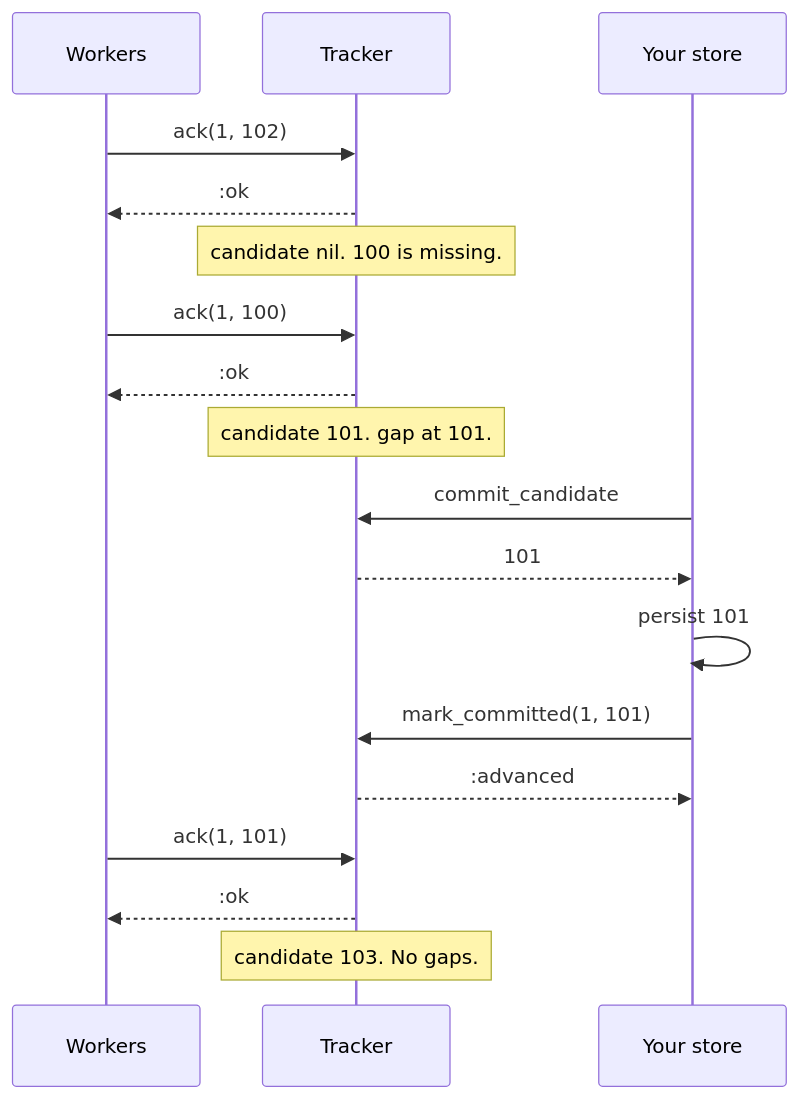
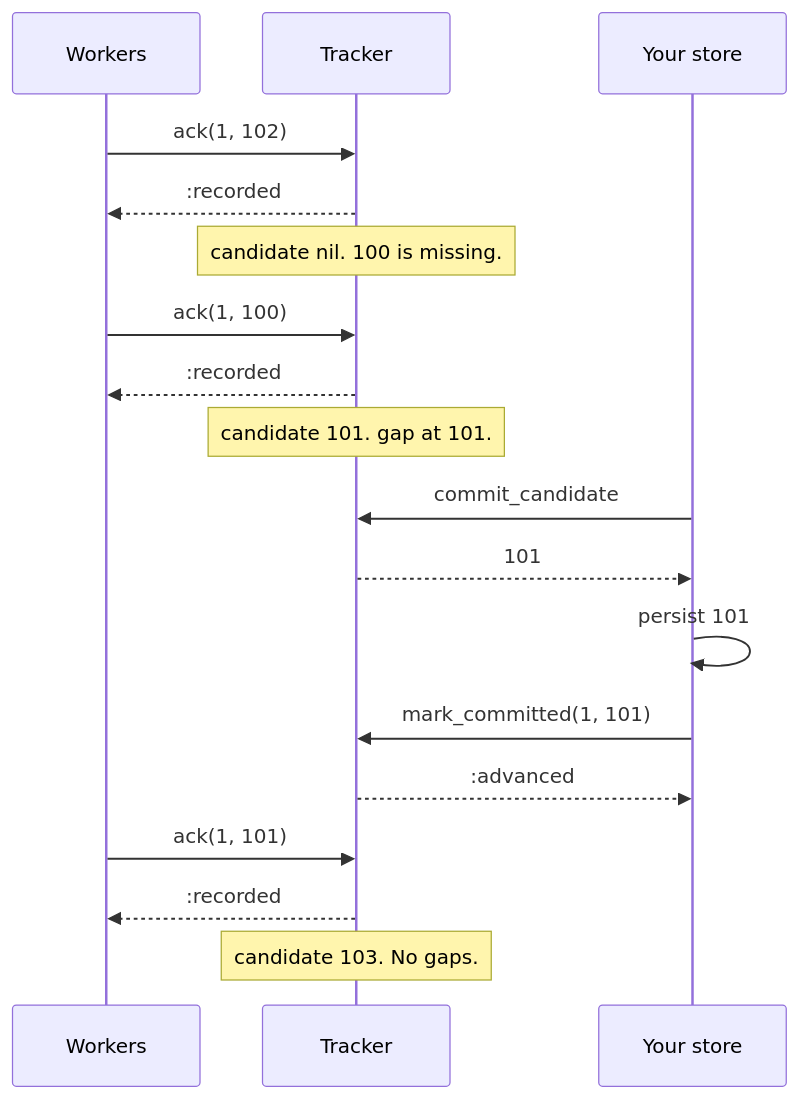
One commit to seuros/offset_machines changed the second of 2 diagrams in README.md. Above: the diagram before and after it, drawn with Mermaid. The commit also changed other lines of this file and 8 other files, not shown here.

````diff
--- a/README.md
+++ b/README.md
@@ -78,24 +78,24 @@
 ```mermaid
 sequenceDiagram
     participant W as Workers
     participant T as Tracker
     participant S as Your store
 
     W->>T: ack(1, 102)
-    T-->>W: :ok
+    T-->>W: :recorded
     Note over T: candidate nil. 100 is missing.
 
     W->>T: ack(1, 100)
-    T-->>W: :ok
+    T-->>W: :recorded
     Note over T: candidate 101. gap at 101.
 
     S->>T: commit_candidate
     T-->>S: 101
     S->>S: persist 101
     S->>T: mark_committed(1, 101)
     T-->>S: :advanced
 
     W->>T: ack(1, 101)
-    T-->>W: :ok
+    T-->>W: :recorded
     Note over T: candidate 103. No gaps.
 ```
````
